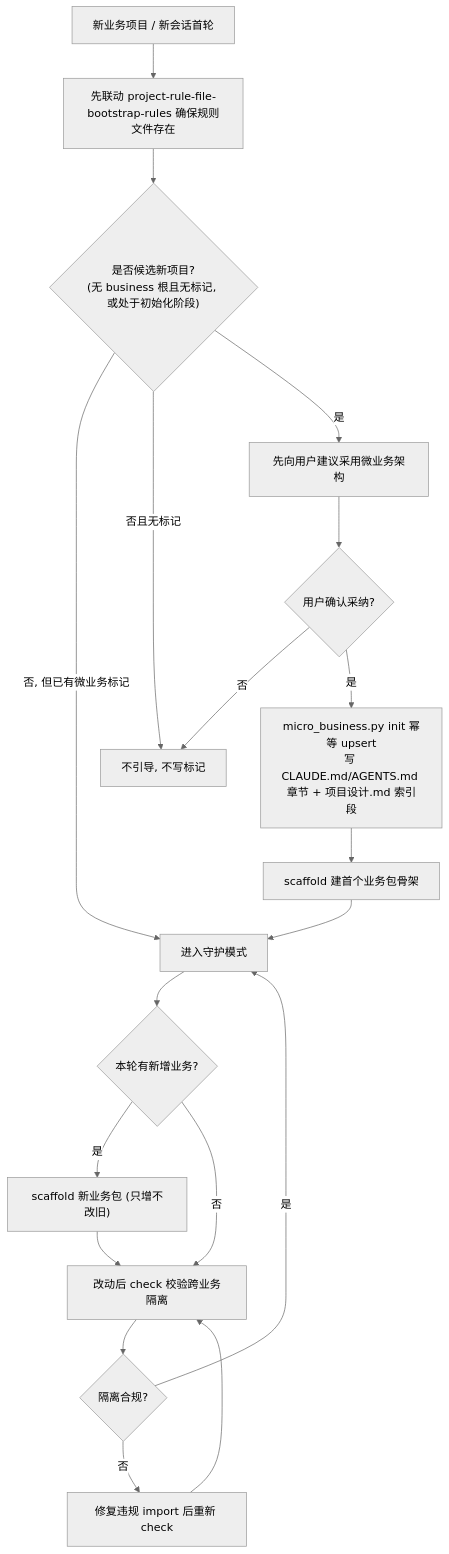
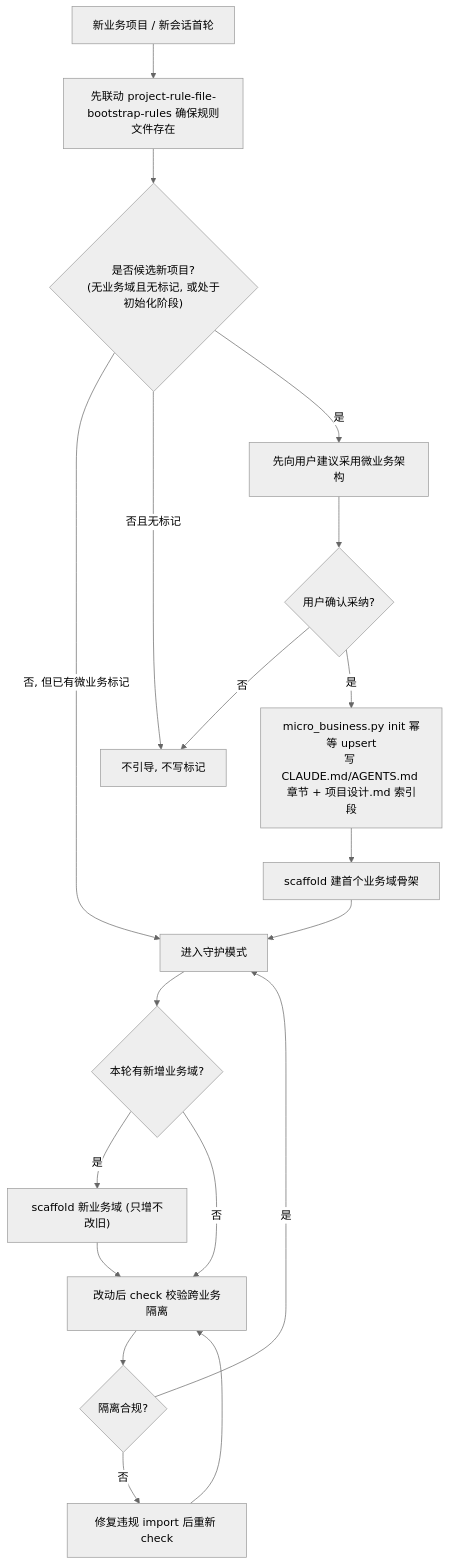
The diagram in micro-business-architecture-rules/references/trigger-and-marker.md (luode0320/luode-skills), drawn with Mermaid (neutral theme) before and after one commit. The commit also changed other lines of this file and 9 other files, not shown here.

````diff
--- a/micro-business-architecture-rules/references/trigger-and-marker.md
+++ b/micro-business-architecture-rules/references/trigger-and-marker.md
@@ -91,21 +91,21 @@
 ```mermaid
 flowchart TD
   S["新业务项目 / 新会话首轮"] --> B0["先联动 project-rule-file-bootstrap-rules 确保规则文件存在"]
-  B0 --> D{"是否候选新项目?<br/>(无 business 根且无标记, 或处于初始化阶段)"}
+  B0 --> D{"是否候选新项目?<br/>(无业务域且无标记, 或处于初始化阶段)"}
   D -- "否, 但已有微业务标记" --> W["进入守护模式"]
   D -- "否且无标记" --> X["不引导, 不写标记"]
   D -- "是" --> P["先向用户建议采用微业务架构"]
   P --> U{"用户确认采纳?"}
   U -- "否" --> X
   U -- "是" --> I["micro_business.py init 幂等 upsert<br/>写 CLAUDE.md/AGENTS.md 章节 + 项目设计.md 索引段"]
-  I --> SC["scaffold 建首个业务包骨架"]
+  I --> SC["scaffold 建首个业务域骨架"]
   SC --> W
-  W --> N{"本轮有新增业务?"}
-  N -- "是" --> SC2["scaffold 新业务包 (只增不改旧)"]
+  W --> N{"本轮有新增业务域?"}
+  N -- "是" --> SC2["scaffold 新业务域 (只增不改旧)"]
   N -- "否" --> CK["改动后 check 校验跨业务隔离"]
   SC2 --> CK
   CK --> V{"隔离合规?"}
   V -- "是" --> W
   V -- "否" --> FIX["修复违规 import 后重新 check"]
   FIX --> CK
 ```
````
